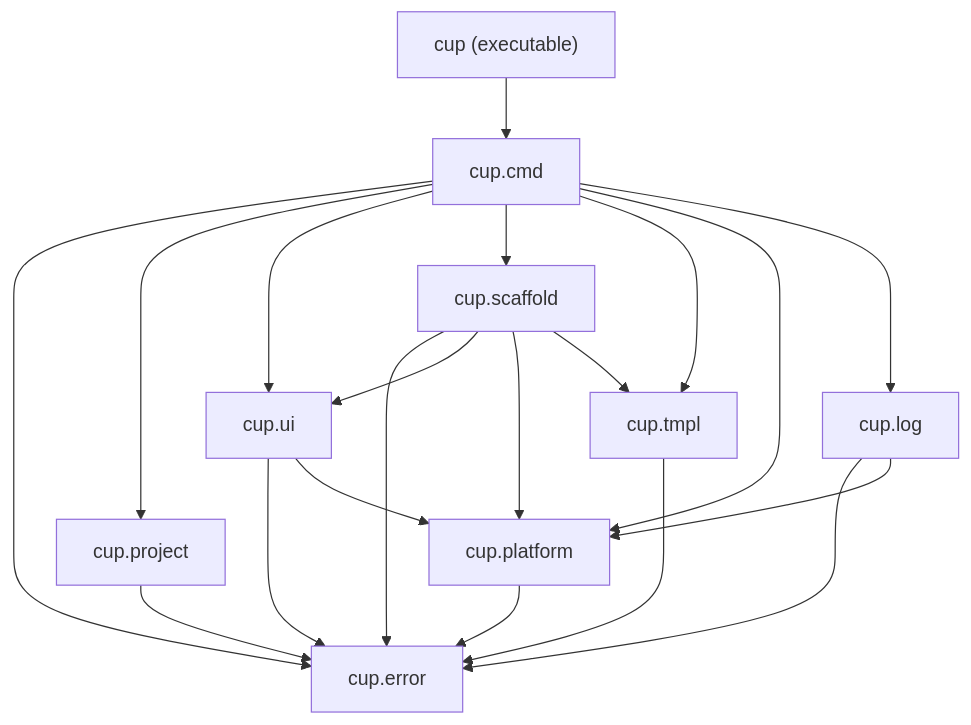
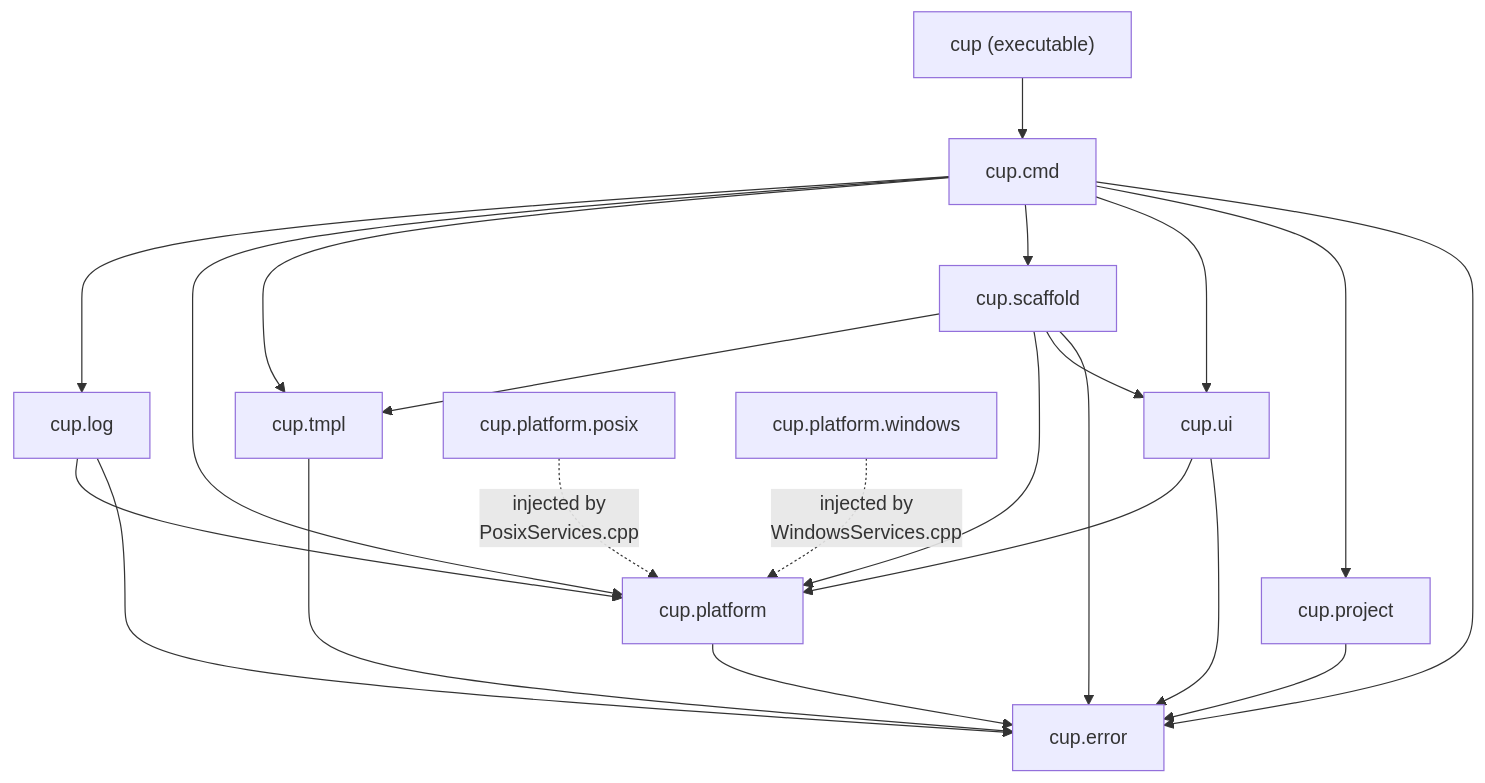
Before and after one commit to DrHurel/cup: the first of 2 diagrams in README.md, drawn with Mermaid. The commit also changed other lines of this file and 36 other files, not shown here.

First line of the commit message:
refactor(platform): inject OS backends through a services table

````diff
--- a/README.md
+++ b/README.md
@@ -294,25 +295,27 @@
 ```mermaid
 graph TD
     main["cup (executable)"] --> cmd[cup.cmd]
     cmd --> error[cup.error]
     cmd --> project[cup.project]
     cmd --> ui[cup.ui]
     cmd --> scaffold[cup.scaffold]
     cmd --> tmpl[cup.tmpl]
     cmd --> platform[cup.platform]
     cmd --> log[cup.log]
 
     scaffold --> error
     scaffold --> ui
     scaffold --> platform
     scaffold --> tmpl
 
     ui --> error
     ui --> platform
 
     log --> error
     log --> platform
     platform --> error
+    posix["cup.platform.posix"] -. "injected by<br/>PosixServices.cpp" .-> platform
+    windows["cup.platform.windows"] -. "injected by<br/>WindowsServices.cpp" .-> platform
     project --> error
     tmpl --> error
 ```
````
